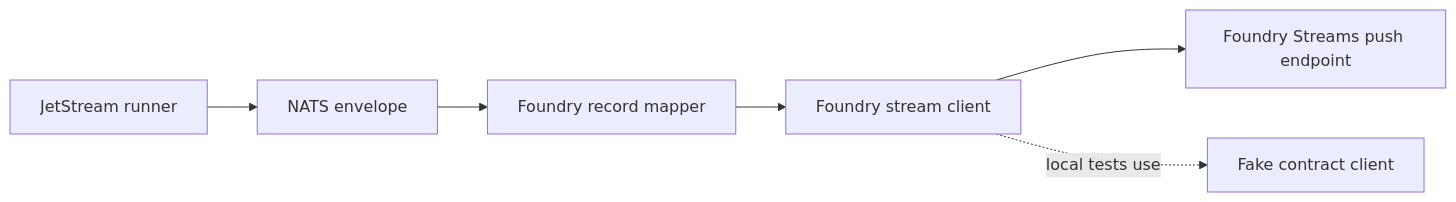
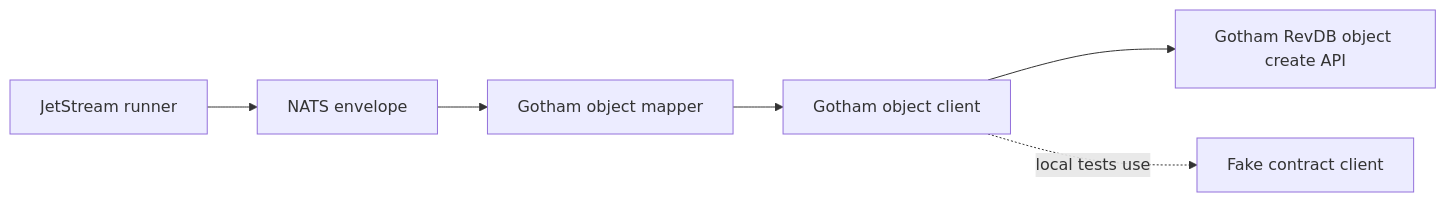
The diagram in docs/test-report.md (ProjectCuillin/nats-sinks), drawn with Mermaid before and after one commit. The commit also changed other lines of this file and 27 other files, not shown here.

````diff
--- a/docs/test-report.md
+++ b/docs/test-report.md
@@ -33,8 +34,8 @@
 ```mermaid
 flowchart LR
     Runner[JetStream runner] --> Envelope[NATS envelope]
-    Envelope --> Mapper[Foundry record mapper]
-    Mapper --> Client[Foundry stream client]
-    Client --> Target[Foundry Streams push endpoint]
+    Envelope --> Mapper[Gotham object mapper]
+    Mapper --> Client[Gotham object client]
+    Client --> Target[Gotham RevDB object create API]
     Client -. local tests use .-> Fake[Fake contract client]
 ```
````
